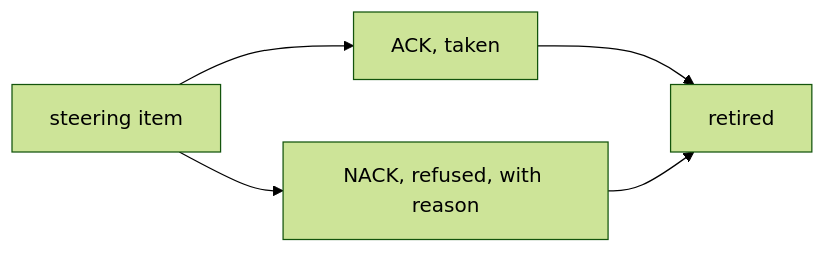
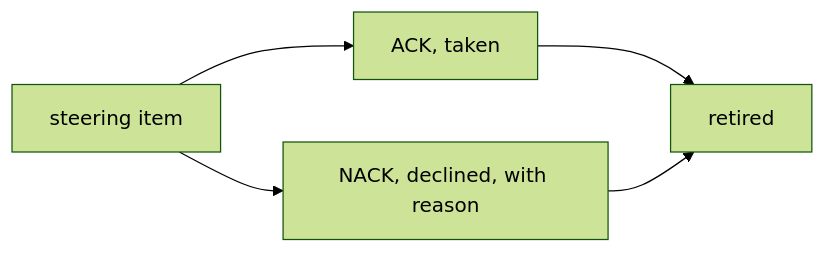
The third of 25 diagrams in docs/product/value.md (infimalabs/spice-rust), drawn with Mermaid (forest theme) before and after one commit. The commit also changed other lines of this file and 71 other files, not shown here.

````diff
--- a/docs/product/value.md
+++ b/docs/product/value.md
@@ -58,7 +70,7 @@
 ```mermaid
 flowchart LR
   I["steering item"] --> A["ACK, taken"]
-  I --> N["NACK, refused, with reason"]
+  I --> N["NACK, declined, with reason"]
   A --> R[retired]
   N --> R
 ```
````
